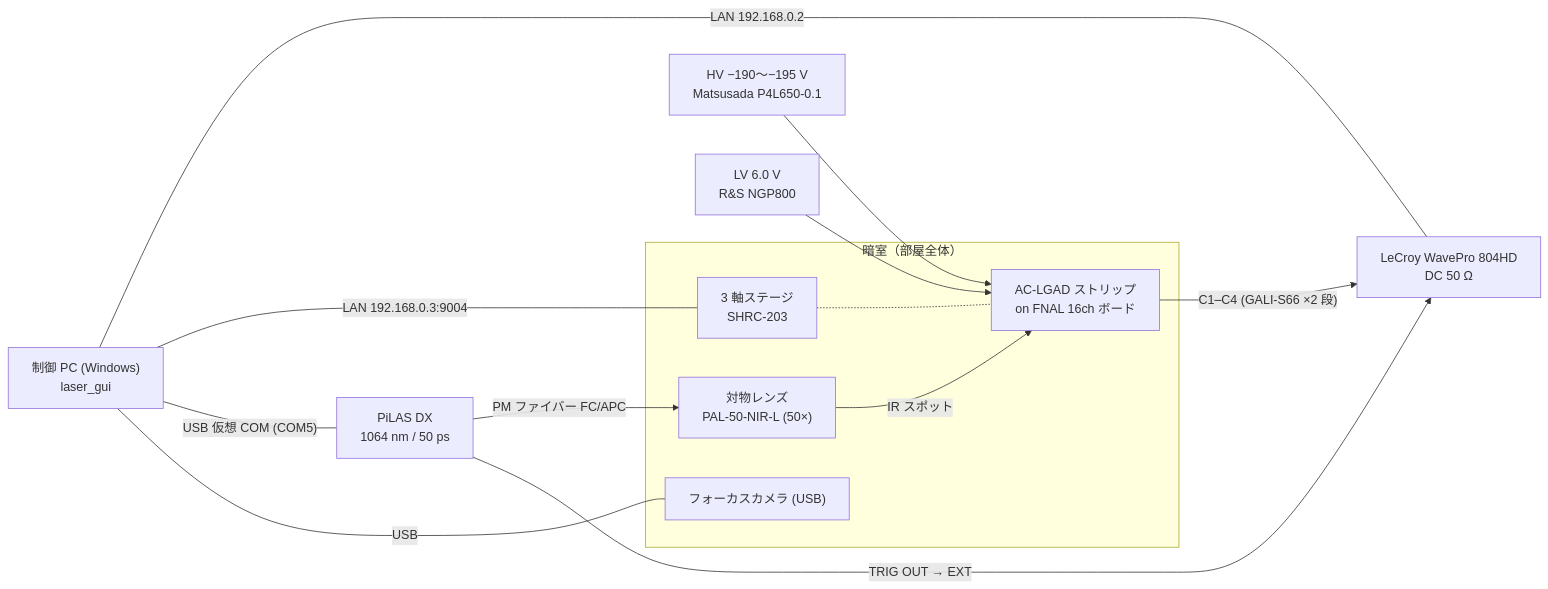
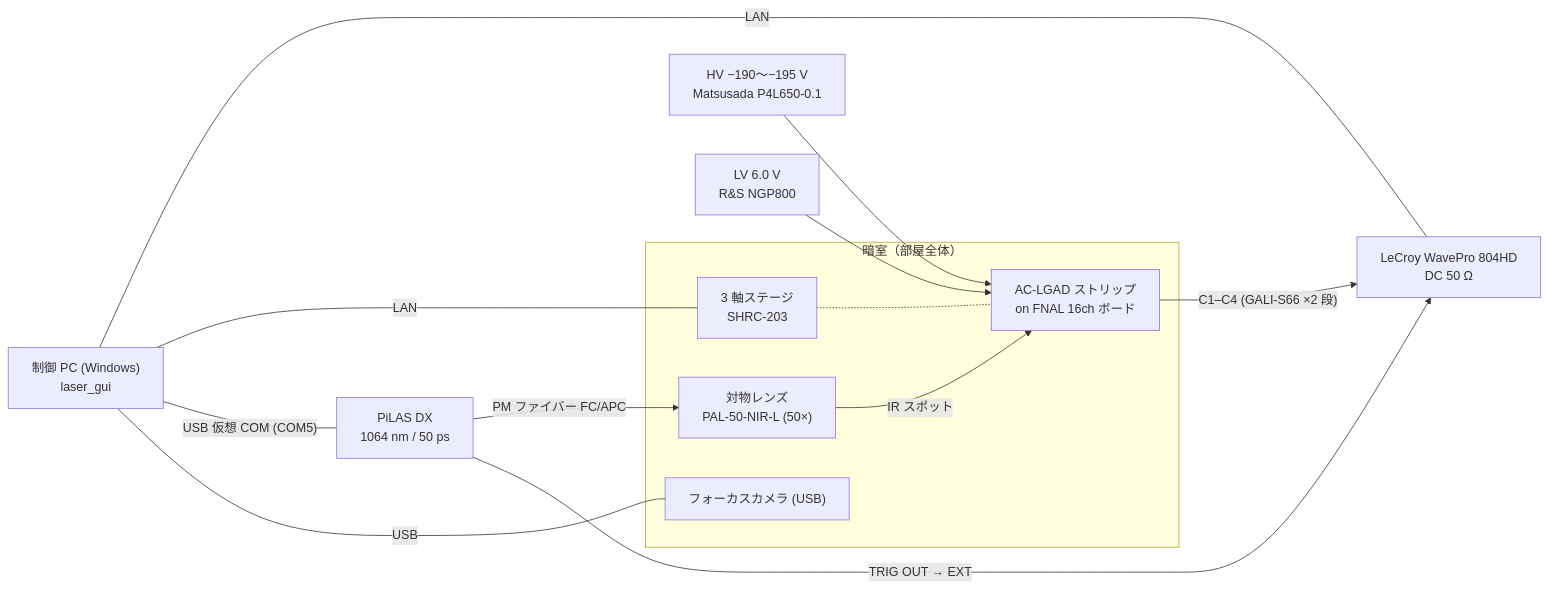
Before and after one commit to Kanato-M/Hiroshima-TCT-wiki: the diagram in docs/ja/setup/hardware.md, drawn with Mermaid. The commit also changed other lines of this file and 37 other files, not shown here.

````diff
--- a/docs/ja/setup/hardware.md
+++ b/docs/ja/setup/hardware.md
@@ -10,21 +10,21 @@
 ```mermaid
 flowchart LR
     subgraph DARK["暗室（部屋全体）"]
         OBJ["対物レンズ<br/>PAL-50-NIR-L (50×)"]
         DUT["AC-LGAD ストリップ<br/>on FNAL 16ch ボード"]
         STG["3 軸ステージ<br/>SHRC-203"]
         CAM["フォーカスカメラ (USB)"]
     end
     LAS["PiLAS DX<br/>1064 nm / 50 ps"] -->|PM ファイバー FC/APC| OBJ
     OBJ -->|IR スポット| DUT
     STG -.- DUT
     DUT -->|"C1–C4 (GALI-S66 ×2 段)"| OSC["LeCroy WavePro 804HD<br/>DC 50 Ω"]
     LAS -->|TRIG OUT → EXT| OSC
     HV["HV −190〜−195 V<br/>Matsusada P4L650-0.1"] --> DUT
     LV["LV 6.0 V<br/>R&S NGP800"] --> DUT
     PC["制御 PC (Windows)<br/>laser_gui"]
-    PC ---|"LAN 192.168.0.2"| OSC
-    PC ---|"LAN 192.168.0.3:9004"| STG
+    PC ---|LAN| OSC
+    PC ---|LAN| STG
     PC ---|"USB 仮想 COM (COM5)"| LAS
     PC ---|USB| CAM
 ```
````
